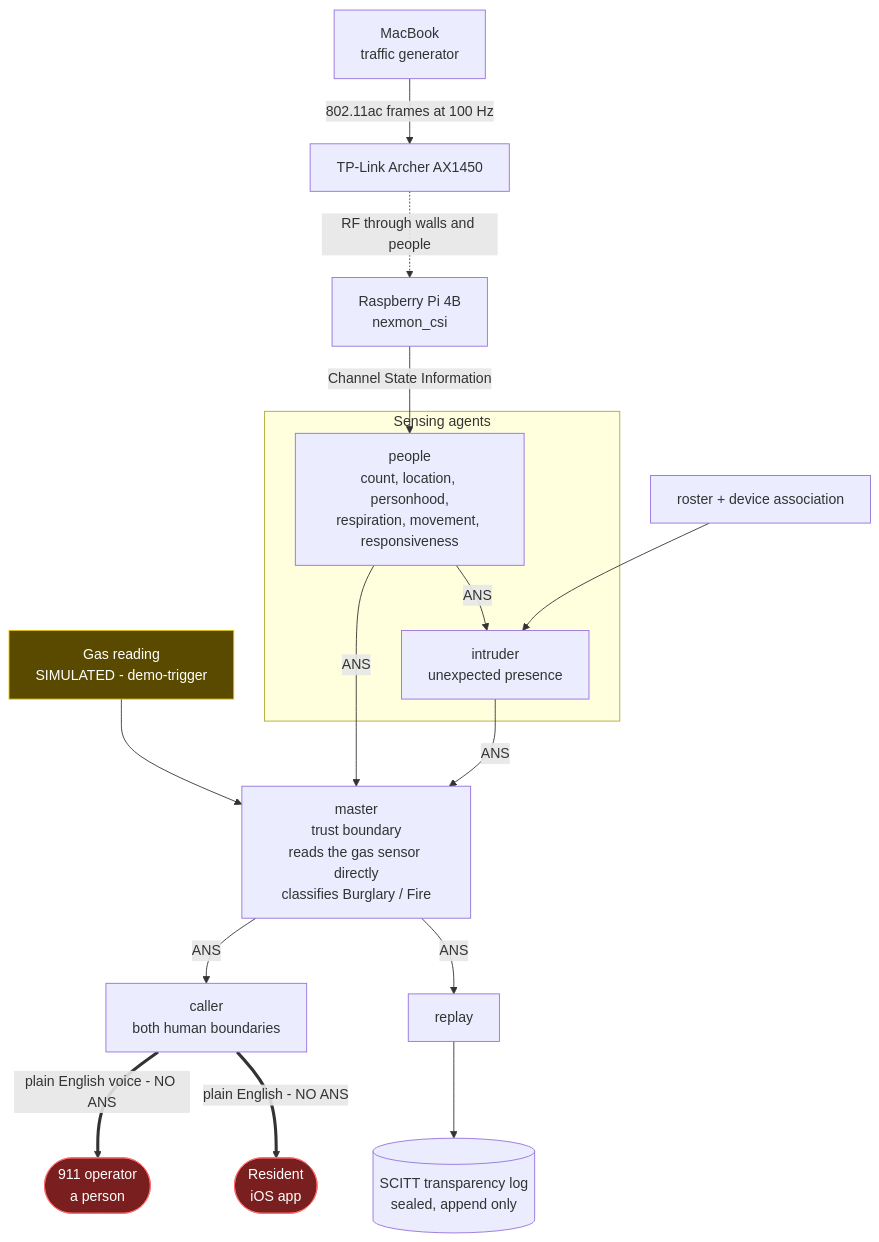
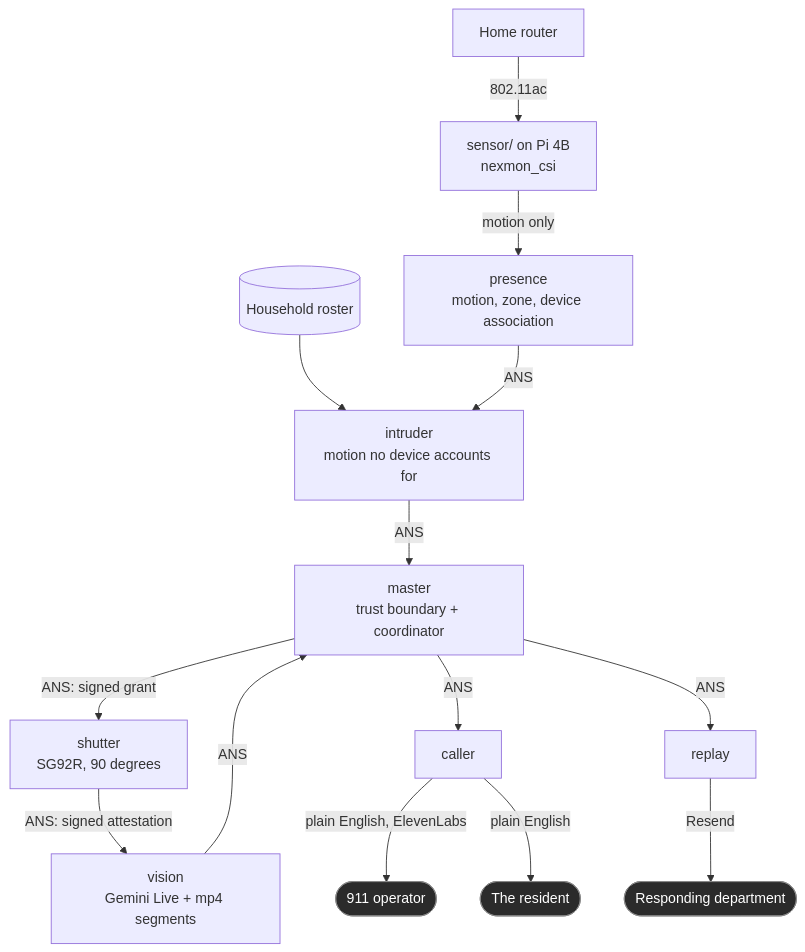
One commit to cayden-h/Radar changed the first of 6 diagrams in docs/architecture-diagrams.md. Above: the diagram before and after it, drawn with Mermaid. The commit also changed other lines of this file and 26 other files, not shown here.

````diff
--- a/docs/architecture-diagrams.md
+++ b/docs/architecture-diagrams.md
@@ -14,37 +15,22 @@
 ```mermaid
 flowchart TD
-    M["MacBook<br/>traffic generator"]
-    R["TP-Link Archer AX1450"]
-    P["Raspberry Pi 4B<br/>nexmon_csi"]
-    G["Gas reading<br/>SIMULATED - demo-trigger"]
+    router[Home router] -->|802.11ac| pi[sensor/ on Pi 4B<br/>nexmon_csi]
+    pi -->|motion only| presence[presence<br/>motion, zone, device association]
+    roster[(Household roster)] --> intruder
+    presence -->|ANS| intruder[intruder<br/>motion no device accounts for]
+    intruder -->|ANS| master[master<br/>trust boundary + coordinator]
 
-    M -->|"802.11ac frames at 100 Hz"| R
-    R -.->|"RF through walls and people"| P
-    P -->|"Channel State Information"| PE
-    G --> MA
+    master -->|ANS: signed grant| shutter[shutter<br/>SG92R, 90 degrees]
+    shutter -->|ANS: signed attestation| vision[vision<br/>Gemini Live + mp4 segments]
+    vision -->|ANS| master
 
-    subgraph SENSE["Sensing agents"]
-      PE["people<br/>count, location, personhood,<br/>respiration, movement, responsiveness"]
-      INT["intruder<br/>unexpected presence"]
-    end
+    master -->|ANS| caller[caller]
+    master -->|ANS| replay[replay]
 
-    PE -->|ANS| INT
-    NET["roster + device association"] --> INT
+    caller -->|plain English, ElevenLabs| operator([911 operator])
+    caller -->|plain English| resident([The resident])
+    replay -->|Resend| police([Responding department])
 
-    PE -->|ANS| MA
-    INT -->|ANS| MA
-
-    MA["master<br/>trust boundary<br/>reads the gas sensor directly<br/>classifies Burglary / Fire"]
-
-    MA -->|ANS| CA["caller<br/>both human boundaries"]
-    MA -->|ANS| RE["replay"]
-
-    CA ==>|"plain English voice - NO ANS"| OP(["911 operator<br/>a person"])
-    CA ==>|"plain English - NO ANS"| US(["Resident<br/>iOS app"])
-    RE --> LOG[("SCITT transparency log<br/>sealed, append only")]
-
-    classDef human fill:#7a1f1f,stroke:#ff6b6b,color:#fff
-    classDef sim fill:#5a4a00,stroke:#e0c000,color:#fff
-    class OP,US human
-    class G sim
+    classDef human fill:#2b2b2b,stroke:#888,color:#fff
+    class operator,resident,police human
 ```
````
